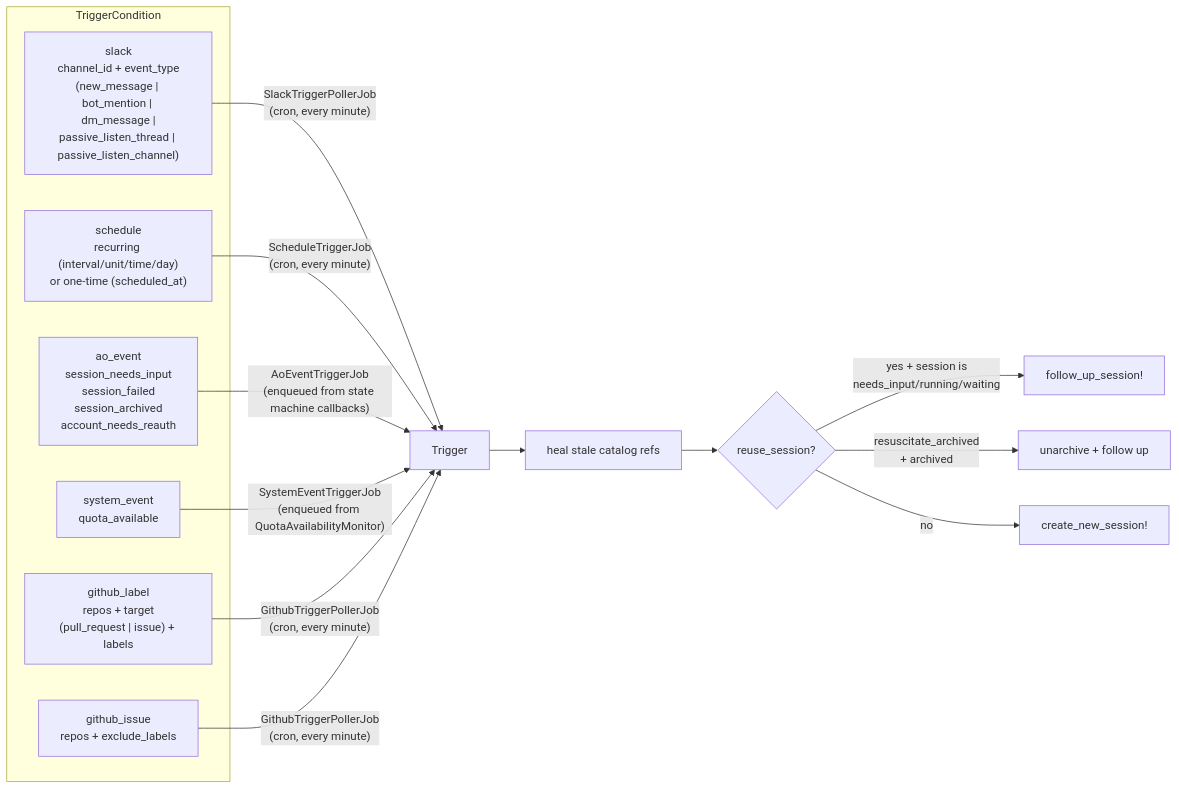
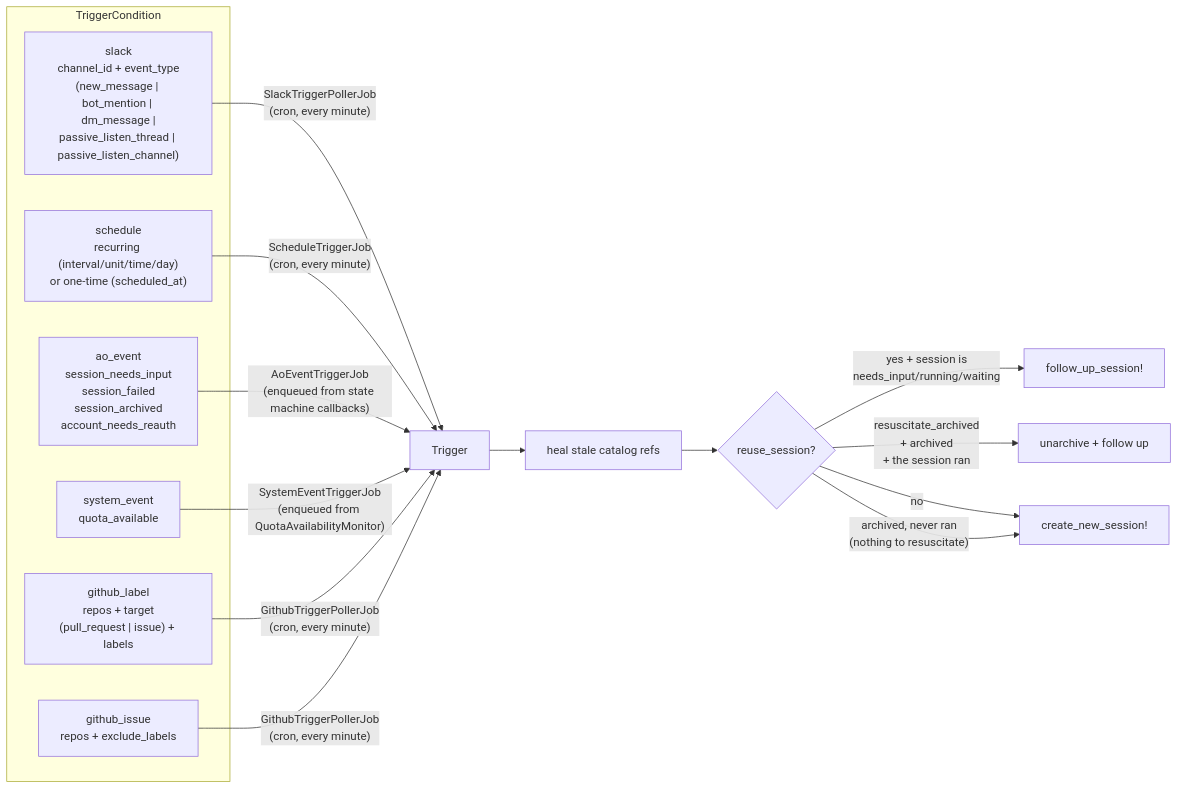
The first of 2 diagrams in docs/src/content/docs/sessions/triggers.md (tadasant/zimmer), drawn with Mermaid before and after one commit. The commit also changed other lines of this file and 3 other files, not shown here.

First line of the commit message:
fix(triggers): stop a never-run archived session from bricking a recurring trigger

````diff
--- a/docs/src/content/docs/sessions/triggers.md
+++ b/docs/src/content/docs/sessions/triggers.md
@@ -15,24 +15,25 @@
 ```mermaid
 flowchart LR
     subgraph conditions["TriggerCondition"]
         SL["slack<br/>channel_id + event_type<br/>(new_message | bot_mention | dm_message |<br/>passive_listen_thread | passive_listen_channel)"]
         SC["schedule<br/>recurring (interval/unit/time/day)<br/>or one-time (scheduled_at)"]
         AO["ao_event<br/>session_needs_input<br/>session_failed<br/>session_archived<br/>account_needs_reauth"]
         SE["system_event<br/>quota_available"]
         GL["github_label<br/>repos + target<br/>(pull_request | issue) + labels"]
         GI["github_issue<br/>repos + exclude_labels"]
     end
 
     SL -->|"SlackTriggerPollerJob<br/>(cron, every minute)"| T["Trigger"]
     SC -->|"ScheduleTriggerJob<br/>(cron, every minute)"| T
     AO -->|"AoEventTriggerJob<br/>(enqueued from state machine callbacks)"| T
     SE -->|"SystemEventTriggerJob<br/>(enqueued from QuotaAvailabilityMonitor)"| T
     GL -->|"GithubTriggerPollerJob<br/>(cron, every minute)"| T
     GI -->|"GithubTriggerPollerJob<br/>(cron, every minute)"| T
 
     T --> H["heal stale catalog refs"]
     H --> D{"reuse_session?"}
     D -->|"yes + session is<br/>needs_input/running/waiting"| FU["follow_up_session!"]
-    D -->|"resuscitate_archived<br/>+ archived"| RS["unarchive + follow up"]
+    D -->|"resuscitate_archived<br/>+ archived<br/>+ the session ran"| RS["unarchive + follow up"]
     D -->|no| NEW["create_new_session!"]
+    D -->|"archived, never ran<br/>(nothing to resuscitate)"| NEW
 ```
````
